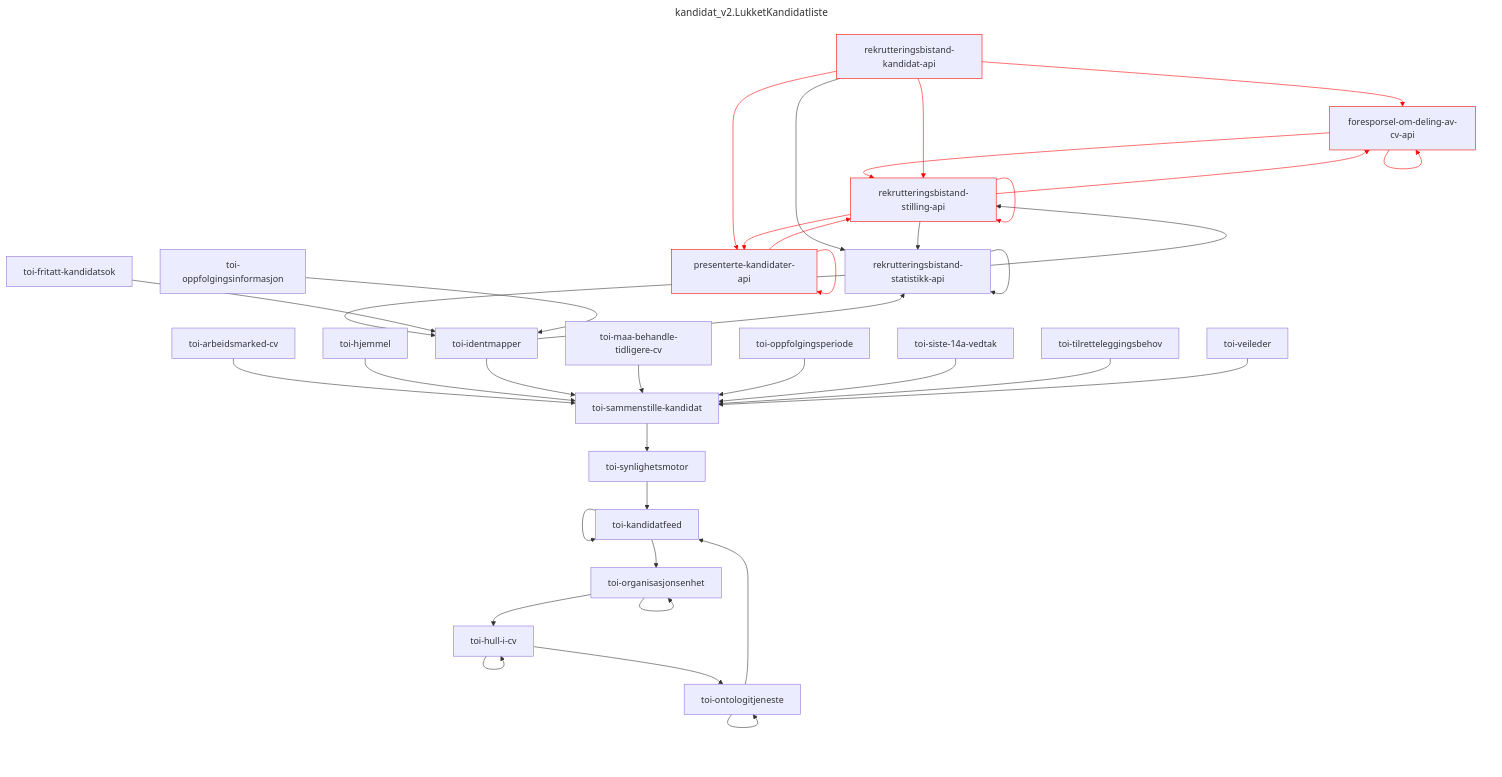
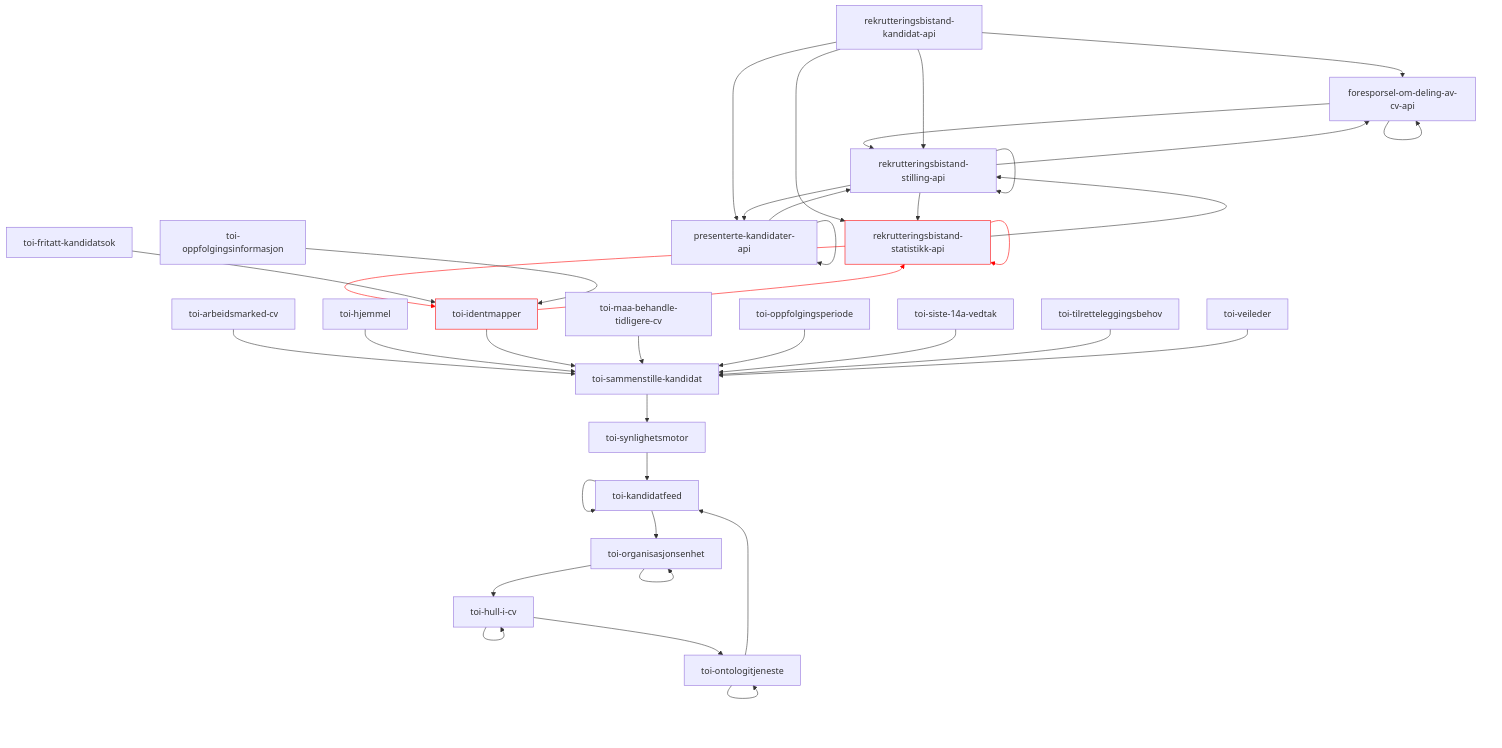
One commit to navikt/toi-rapids-and-rivers-grapher changed diagram 18 of 34 in README.md. Above: the diagram before and after it, drawn with Mermaid. The commit also changed other lines of this file, not shown here.

Commit message:
Oppdater Mermaid utskrift

````diff
--- a/README.md
+++ b/README.md
@@ -536,45 +728,42 @@
 ```mermaid
----
-title: kandidat_v2.LukketKandidatliste
----
 graph TD;
-foresporsel-om-deling-av-cv-api:::x --> foresporsel-om-deling-av-cv-api:::x;
-foresporsel-om-deling-av-cv-api:::x --> rekrutteringsbistand-stilling-api:::x;
-presenterte-kandidater-api:::x --> presenterte-kandidater-api:::x;
-presenterte-kandidater-api:::x --> rekrutteringsbistand-stilling-api:::x;
-rekrutteringsbistand-kandidat-api:::x --> foresporsel-om-deling-av-cv-api:::x;
-rekrutteringsbistand-kandidat-api:::x --> presenterte-kandidater-api:::x;
+foresporsel-om-deling-av-cv-api --> foresporsel-om-deling-av-cv-api;
+foresporsel-om-deling-av-cv-api --> rekrutteringsbistand-stilling-api;
+presenterte-kandidater-api --> presenterte-kandidater-api;
+presenterte-kandidater-api --> rekrutteringsbistand-stilling-api;
+rekrutteringsbistand-kandidat-api --> foresporsel-om-deling-av-cv-api;
+rekrutteringsbistand-kandidat-api --> presenterte-kandidater-api;
 rekrutteringsbistand-kandidat-api --> rekrutteringsbistand-statistikk-api;
-rekrutteringsbistand-kandidat-api:::x --> rekrutteringsbistand-stilling-api:::x;
-rekrutteringsbistand-statistikk-api --> rekrutteringsbistand-statistikk-api;
+rekrutteringsbistand-kandidat-api --> rekrutteringsbistand-stilling-api;
+rekrutteringsbistand-statistikk-api:::x --> rekrutteringsbistand-statistikk-api:::x;
 rekrutteringsbistand-statistikk-api --> rekrutteringsbistand-stilling-api;
-rekrutteringsbistand-statistikk-api --> toi-identmapper;
-rekrutteringsbistand-stilling-api:::x --> foresporsel-om-deling-av-cv-api:::x;
-rekrutteringsbistand-stilling-api:::x --> presenterte-kandidater-api:::x;
+rekrutteringsbistand-statistikk-api:::x --> toi-identmapper:::x;
+rekrutteringsbistand-stilling-api --> foresporsel-om-deling-av-cv-api;
+rekrutteringsbistand-stilling-api --> presenterte-kandidater-api;
 rekrutteringsbistand-stilling-api --> rekrutteringsbistand-statistikk-api;
-rekrutteringsbistand-stilling-api:::x --> rekrutteringsbistand-stilling-api:::x;
+rekrutteringsbistand-stilling-api --> rekrutteringsbistand-stilling-api;
 toi-arbeidsmarked-cv --> toi-sammenstille-kandidat;
 toi-fritatt-kandidatsok --> toi-identmapper;
 toi-hjemmel --> toi-sammenstille-kandidat;
 toi-hull-i-cv --> toi-hull-i-cv;
 toi-hull-i-cv --> toi-ontologitjeneste;
-toi-identmapper --> rekrutteringsbistand-statistikk-api;
+toi-identmapper:::x --> rekrutteringsbistand-statistikk-api:::x;
 toi-identmapper --> toi-sammenstille-kandidat;
 toi-kandidatfeed --> toi-kandidatfeed;
 toi-kandidatfeed --> toi-organisasjonsenhet;
 toi-maa-behandle-tidligere-cv --> toi-sammenstille-kandidat;
 toi-ontologitjeneste --> toi-kandidatfeed;
 toi-ontologitjeneste --> toi-ontologitjeneste;
 toi-oppfolgingsinformasjon --> toi-identmapper;
 toi-oppfolgingsperiode --> toi-sammenstille-kandidat;
 toi-organisasjonsenhet --> toi-hull-i-cv;
 toi-organisasjonsenhet --> toi-organisasjonsenhet;
 toi-sammenstille-kandidat --> toi-synlighetsmotor;
 toi-siste-14a-vedtak --> toi-sammenstille-kandidat;
 toi-synlighetsmotor --> toi-kandidatfeed;
 toi-tilretteleggingsbehov --> toi-sammenstille-kandidat;
 toi-veileder --> toi-sammenstille-kandidat;
 
-linkStyle 0,1,2,3,4,5,7,11,12,14 stroke:red;
+linkStyle 8,10,20 stroke:red;
 classDef x stroke: red;
 ```
````
